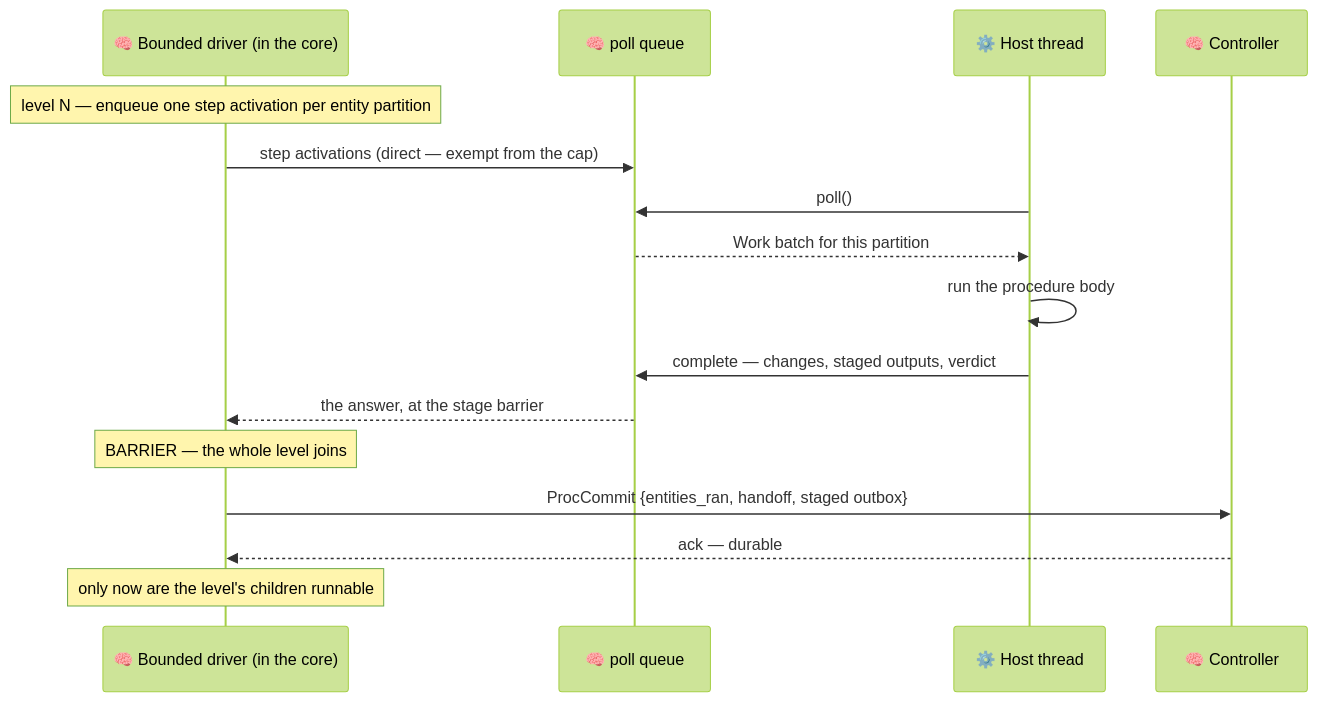
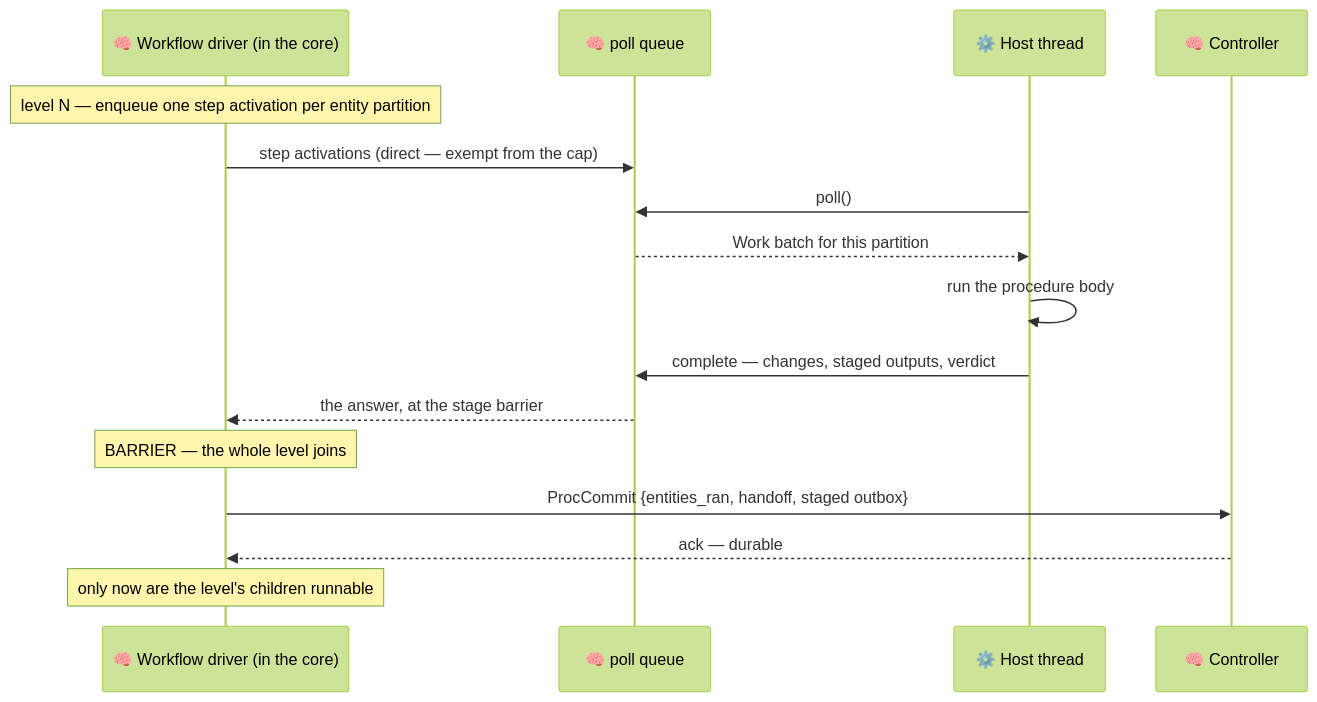
Before and after one commit to Flezha/flezha: the seventh of 8 diagrams in docs/architecture/runner.md, drawn with Mermaid (forest theme). The commit also changed other lines of this file and 431 other files, not shown here.

````diff
--- a/docs/architecture/runner.md
+++ b/docs/architecture/runner.md
@@ -271,19 +271,19 @@
 ```mermaid
 sequenceDiagram
-    participant DRV as 🧠 Bounded driver (in the core)
+    participant DRV as 🧠 Workflow driver (in the core)
     participant CORE as 🧠 poll queue
     participant W as ⚙️ Host thread
     participant CTRL as 🧠 Controller
 
     Note over DRV: level N — enqueue one step activation per entity partition
     DRV->>CORE: step activations (direct — exempt from the cap)
     W->>CORE: poll()
     CORE-->>W: Work batch for this partition
     W->>W: run the procedure body
     W->>CORE: complete — changes, staged outputs, verdict
     CORE-->>DRV: the answer, at the stage barrier
     Note over DRV: BARRIER — the whole level joins
     DRV->>CTRL: ProcCommit {entities_ran, handoff, staged outbox}
     CTRL-->>DRV: ack — durable
     Note over DRV: only now are the level's children runnable
 ```
````
